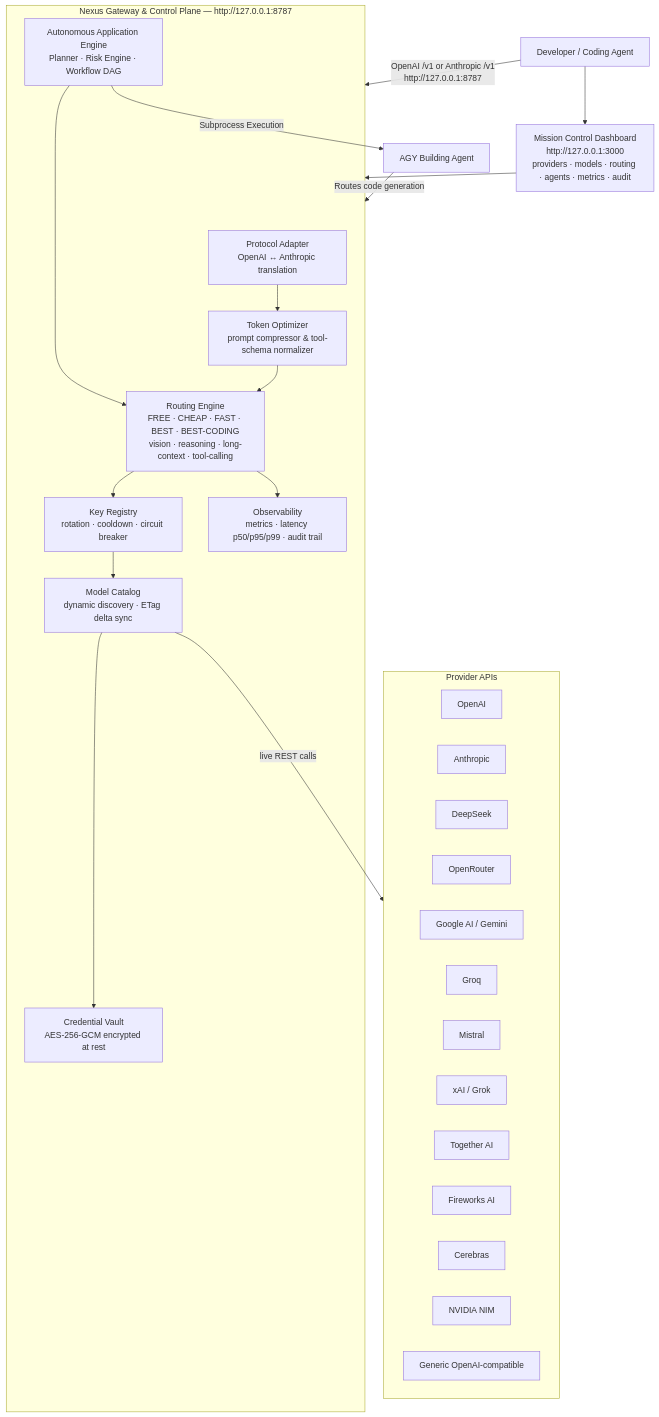
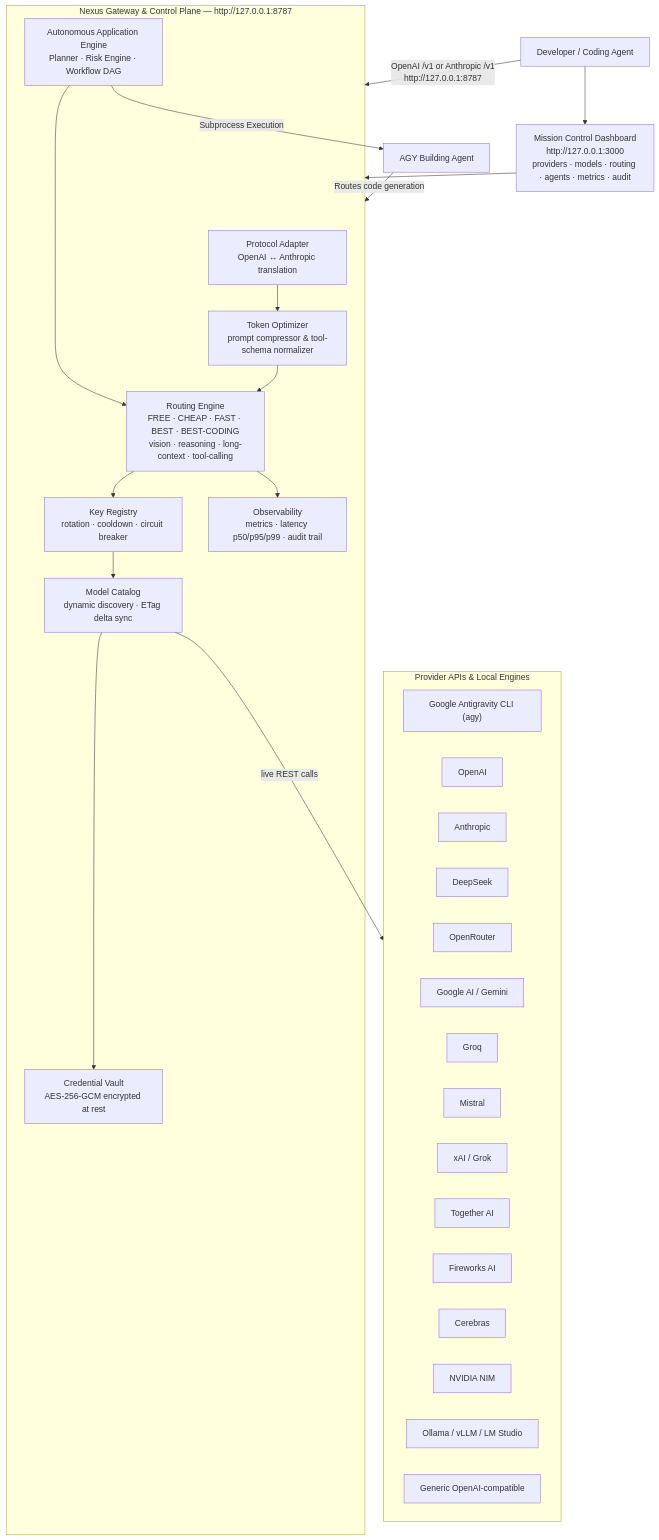
One commit to rachidSabah/Nexus changed the diagram in README.md. Above: the diagram before and after it, drawn with Mermaid. The commit also changed other lines of this file and 1 other file, not shown here.

Commit message:
docs: elevate README with Google Antigravity CLI showcase, ecosystem benchmarks, and search discoverability keywords

````diff
--- a/README.md
+++ b/README.md
@@ -62,48 +70,50 @@
 ```mermaid
 flowchart TD
     DEV["Developer / Coding Agent"]
 
     DEV -->|"OpenAI /v1 or Anthropic /v1\nhttp://127.0.0.1:8787"| NEXUS
 
     subgraph NEXUS["Nexus Gateway & Control Plane — http://127.0.0.1:8787"]
         PROTO["Protocol Adapter\nOpenAI ↔ Anthropic translation"]
         OPT["Token Optimizer\nprompt compressor & tool-schema normalizer"]
         ROUTER["Routing Engine\nFREE · CHEAP · FAST · BEST · BEST-CODING\nvision · reasoning · long-context · tool-calling"]
         KEYS["Key Registry\nrotation · cooldown · circuit breaker"]
         CATALOG["Model Catalog\ndynamic discovery · ETag delta sync"]
         VAULT["Credential Vault\nAES-256-GCM encrypted at rest"]
         OBS["Observability\nmetrics · latency p50/p95/p99 · audit trail"]
         APP_ENG["Autonomous Application Engine\nPlanner · Risk Engine · Workflow DAG"]
 
         PROTO --> OPT --> ROUTER
         ROUTER --> KEYS
         KEYS --> CATALOG
         CATALOG --> VAULT
         ROUTER --> OBS
         APP_ENG --> ROUTER
     end
 
     CATALOG -->|"live REST calls"| PROVIDERS
 
-    subgraph PROVIDERS["Provider APIs"]
+    subgraph PROVIDERS["Provider APIs & Local Engines"]
+        AGY_CLI["Google Antigravity CLI (agy)"]
         OAI["OpenAI"]
         ANT["Anthropic"]
         DSK["DeepSeek"]
         ORT["OpenRouter"]
         GGL["Google AI / Gemini"]
         GRQ["Groq"]
         MST["Mistral"]
         XAI["xAI / Grok"]
         TGT["Together AI"]
         FRW["Fireworks AI"]
         CBR["Cerebras"]
         NVD["NVIDIA NIM"]
+        LOCAL["Ollama / vLLM / LM Studio"]
         CUSTOM["Generic OpenAI-compatible"]
     end
 
     APP_ENG -->|"Subprocess Execution"| AGY["AGY Building Agent"]
     AGY -->|"Routes code generation"| NEXUS
 
     DEV --> DASHBOARD["Mission Control Dashboard\nhttp://127.0.0.1:3000\nproviders · models · routing · agents · metrics · audit"]
     DASHBOARD --> NEXUS
 ```
````
